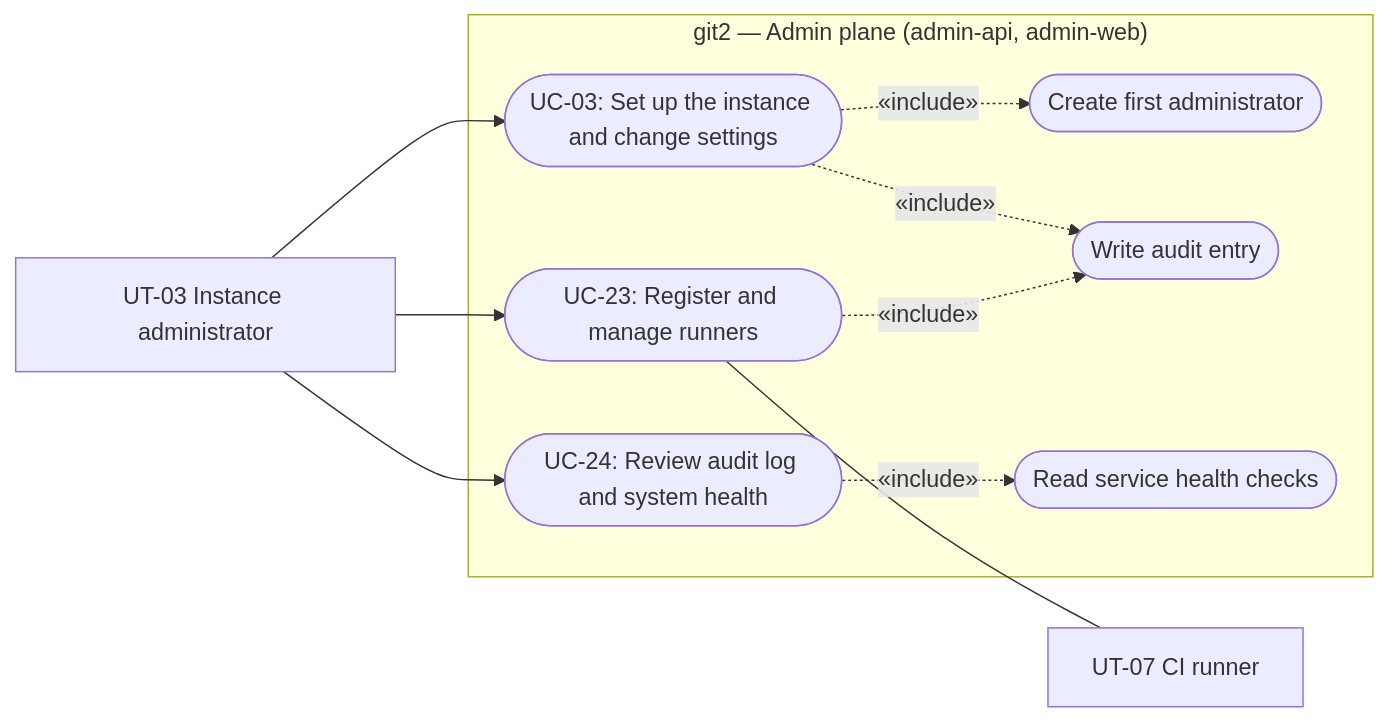
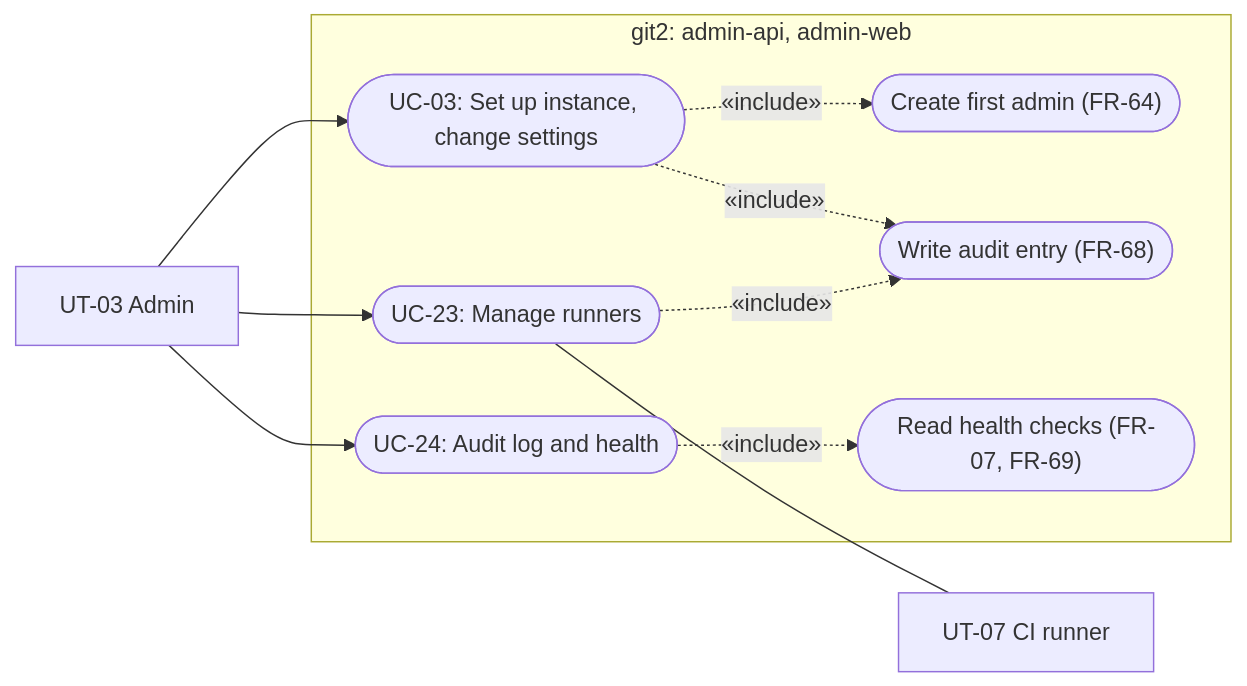
One commit to git2-project/git2 changed the eighth of 13 diagrams in docs/project_docs/to_customer/RequirementsSpecification.md. Above: the diagram before and after it, drawn with Mermaid. The commit also changed other lines of this file, not shown here.

````diff
--- a/docs/project_docs/to_customer/RequirementsSpecification.md
+++ b/docs/project_docs/to_customer/RequirementsSpecification.md
@@ -853,23 +702,21 @@
 ```mermaid
 flowchart LR
-    Admin["UT-03 Instance administrator"]
+    Admin["UT-03 Admin"]
     Runner["UT-07 CI runner"]
 
-    subgraph System["git2 — Admin plane (admin-api, admin-web)"]
-        UC03(["UC-03: Set up the instance and change settings"])
-        UC23(["UC-23: Register and manage runners"])
-        UC24(["UC-24: Review audit log and system health"])
-        Wizard(["Create first administrator"])
-        Audit(["Write audit entry"])
-        Health(["Read service health checks"])
+    subgraph System["git2: admin-api, admin-web"]
+        UC03(["UC-03: Set up instance, change settings"])
+        UC23(["UC-23: Manage runners"])
+        UC24(["UC-24: Audit log and health"])
+        Wizard(["Create first admin (FR-64)"])
+        Audit(["Write audit entry (FR-68)"])
+        Health(["Read health checks (FR-07, FR-69)"])
     end
 
-    Admin --> UC03
-    Admin --> UC23
-    Admin --> UC24
+    Admin --> UC03 & UC23 & UC24
     UC03 -.->|«include»| Wizard
     UC03 -.->|«include»| Audit
     UC23 -.->|«include»| Audit
     UC24 -.->|«include»| Health
     UC23 --- Runner
 ```
````
